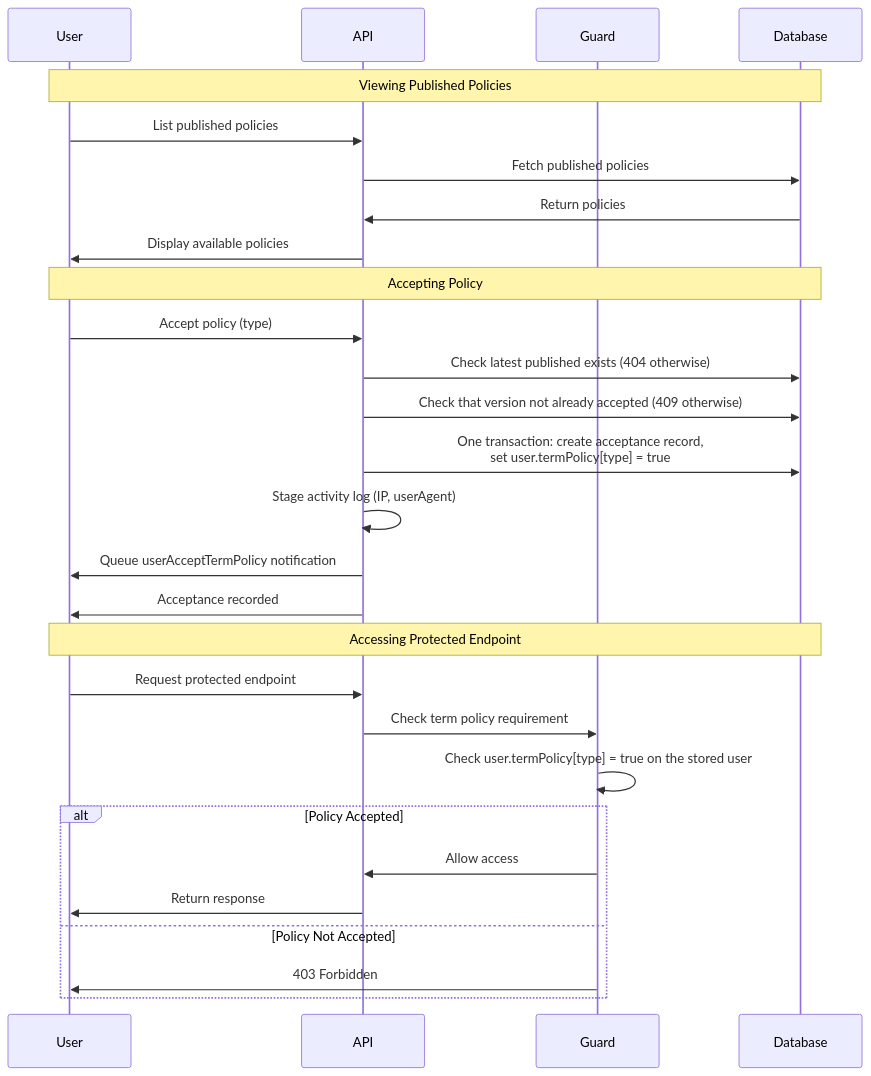
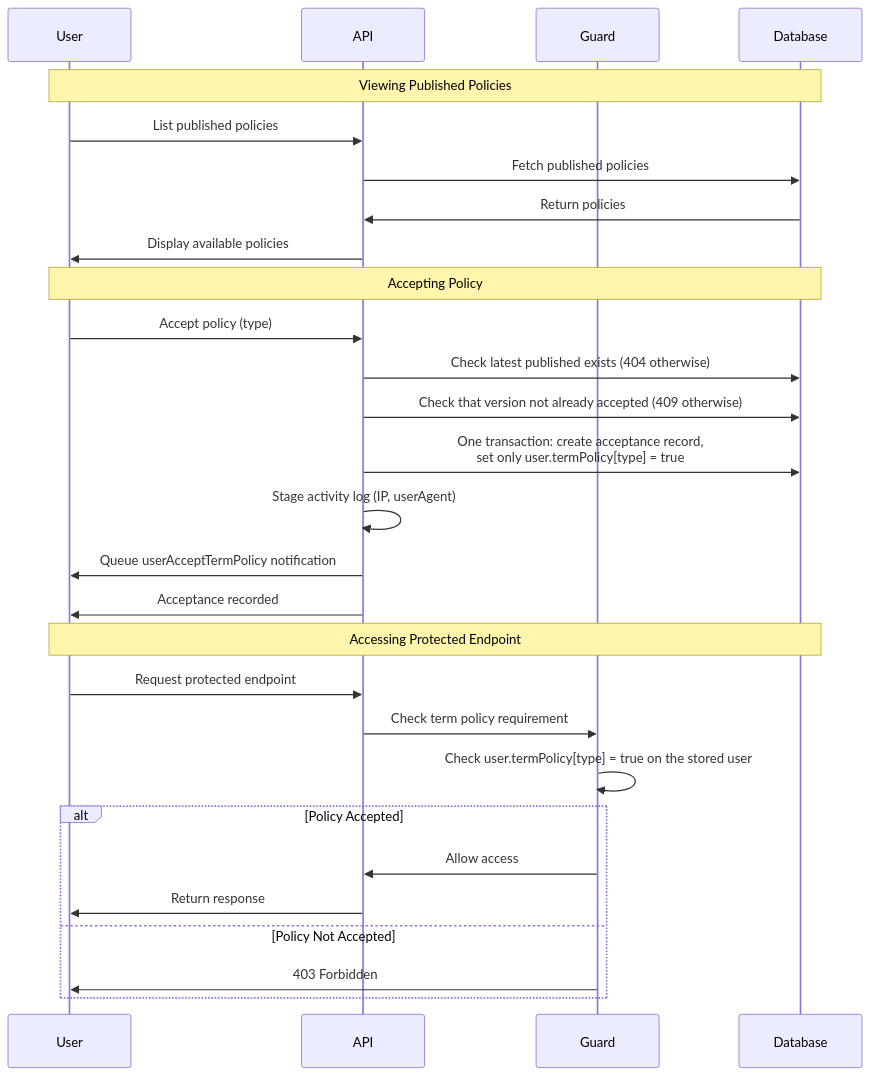
Before and after one commit to andrechristikan/ack-nestjs-boilerplate: the second of 3 diagrams in docs/term-policy.md, drawn with Mermaid. The commit also changed other lines of this file and 199 other files, not shown here.

````diff
--- a/docs/term-policy.md
+++ b/docs/term-policy.md
@@ -136,36 +157,36 @@
 ```mermaid
 sequenceDiagram
     participant User
     participant API
     participant Guard
     participant Database
 
     Note over User,Database: Viewing Published Policies
-    
+
     User->>API: List published policies
     API->>Database: Fetch published policies
     Database->>API: Return policies
     API->>User: Display available policies
-    
+
     Note over User,Database: Accepting Policy
-    
+
     User->>API: Accept policy (type)
     API->>Database: Check latest published exists (404 otherwise)
     API->>Database: Check that version not already accepted (409 otherwise)
-    API->>Database: One transaction: create acceptance record,<br/>set user.termPolicy[type] = true
+    API->>Database: One transaction: create acceptance record,<br/>set only user.termPolicy[type] = true
     API->>API: Stage activity log (IP, userAgent)
     API->>User: Queue userAcceptTermPolicy notification
     API->>User: Acceptance recorded
-    
+
     Note over User,Database: Accessing Protected Endpoint
-    
+
     User->>API: Request protected endpoint
     API->>Guard: Check term policy requirement
     Guard->>Guard: Check user.termPolicy[type] = true on the stored user
     alt Policy Accepted
         Guard->>API: Allow access
         API->>User: Return response
     else Policy Not Accepted
         Guard->>User: 403 Forbidden
     end
 ```
````
